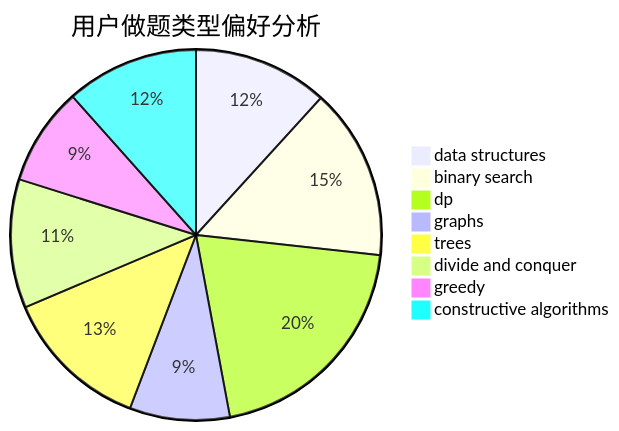
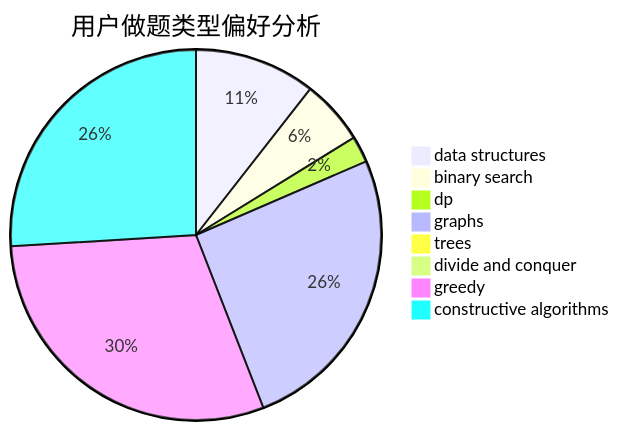
One commit to sherpahu/cfrs.github.io changed the second of 3 diagrams in docs/user/u1177.md. Above: the diagram before and after it, drawn with Mermaid. The commit also changed other lines of this file and 2770 other files, not shown here.

````diff
--- a/docs/user/u1177.md
+++ b/docs/user/u1177.md
@@ -23,11 +23,11 @@
 ```mermaid
 pie title 用户做题类型偏好分析
-    "data structures" :  66
-    "binary search" :  84
-    "dp" :  114
-    "graphs" :  49
-    "trees" :  72
-    "divide and conquer" :  63
-    "greedy" :  48
-    "constructive algorithms" :  65
+    "data structures" :  133
+    "binary search" :  71
+    "dp" :  29
+    "graphs" :  322
+    "trees" :  0
+    "divide and conquer" :  1
+    "greedy" :  377
+    "constructive algorithms" :  327
 ```
````
